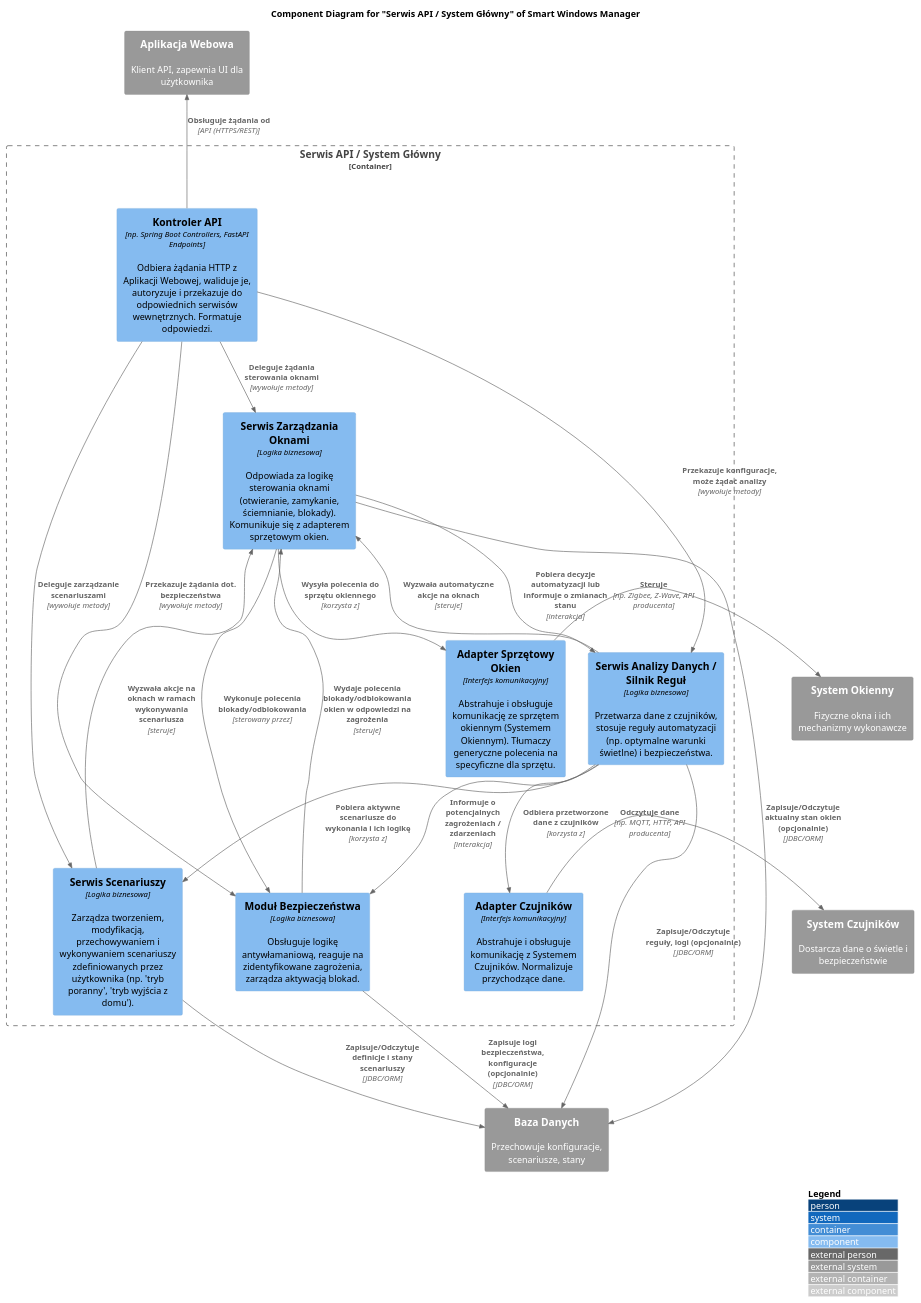
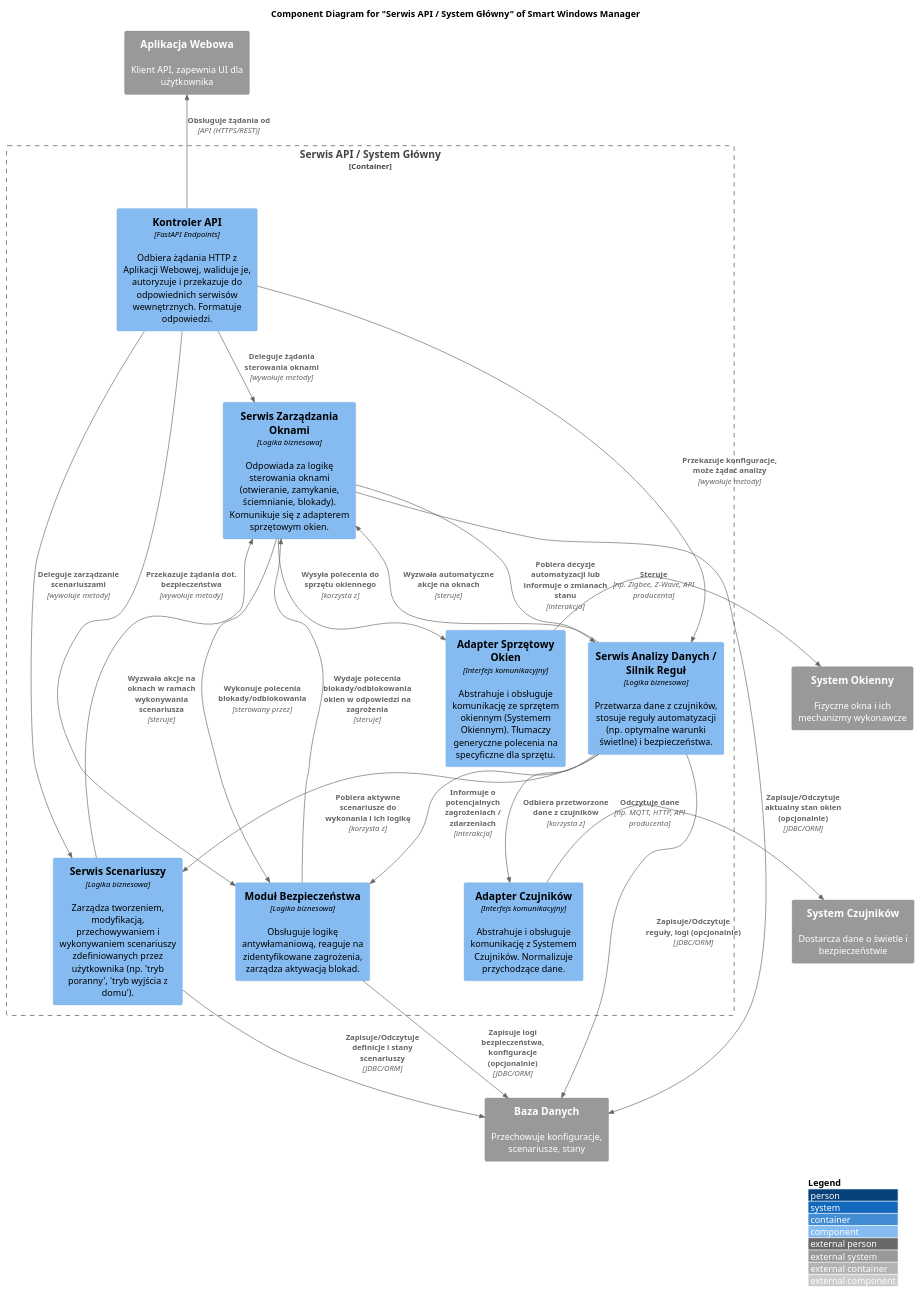
One commit to dolhan12211/Smart_Windows_Manager changed the diagram in Diagram C4/Component Diagram.plantuml. Above: the diagram before and after it, drawn with PlantUML. The commit also changed 1 other file, not shown here.

Commit message:
changes in diagrams

```diff
--- a/Diagram C4/Component Diagram.plantuml
+++ b/Diagram C4/Component Diagram.plantuml
@@ -1,55 +1,55 @@
 @startuml
 !include https://raw.githubusercontent.com/plantuml-stdlib/C4-PlantUML/master/C4_Component.puml
 
 LAYOUT_WITH_LEGEND()
 
 title Component Diagram for "Serwis API / System Główny" of Smart Windows Manager
 
 ' Definiujemy odniesienia do elementów zewnętrznych (innych kontenerów lub systemów) dla kontekstu
 System_Ext(web_app_ref, "Aplikacja Webowa", "Klient API, zapewnia UI dla użytkownika")
 System_Ext(db_ref, "Baza Danych", "Przechowuje konfiguracje, scenariusze, stany")
 System_Ext(physical_windows_ext, "System Okienny", "Fizyczne okna i ich mechanizmy wykonawcze")
 System_Ext(sensor_system_ext, "System Czujników", "Dostarcza dane o świetle i bezpieczeństwie")
 
 
 Container_Boundary(api_c, "Serwis API / System Główny") {
-    Component(api_controller, "Kontroler API", "np. Spring Boot Controllers, FastAPI Endpoints", "Odbiera żądania HTTP z Aplikacji Webowej, waliduje je, autoryzuje i przekazuje do odpowiednich serwisów wewnętrznych. Formatuje odpowiedzi.")
+    Component(api_controller, "Kontroler API", "FastAPI Endpoints", "Odbiera żądania HTTP z Aplikacji Webowej, waliduje je, autoryzuje i przekazuje do odpowiednich serwisów wewnętrznych. Formatuje odpowiedzi.")
     Component(window_service, "Serwis Zarządzania Oknami", "Logika biznesowa", "Odpowiada za logikę sterowania oknami (otwieranie, zamykanie, ściemnianie, blokady). Komunikuje się z adapterem sprzętowym okien.")
     Component(data_analysis_service, "Serwis Analizy Danych / Silnik Reguł", "Logika biznesowa", "Przetwarza dane z czujników, stosuje reguły automatyzacji (np. optymalne warunki świetlne) i bezpieczeństwa.")
     Component(scenario_service, "Serwis Scenariuszy", "Logika biznesowa", "Zarządza tworzeniem, modyfikacją, przechowywaniem i wykonywaniem scenariuszy zdefiniowanych przez użytkownika (np. 'tryb poranny', 'tryb wyjścia z domu').")
     Component(security_module, "Moduł Bezpieczeństwa", "Logika biznesowa", "Obsługuje logikę antywłamaniową, reaguje na zidentyfikowane zagrożenia, zarządza aktywacją blokad.")
 
     Component(window_hw_adapter, "Adapter Sprzętowy Okien", "Interfejs komunikacyjny", "Abstrahuje i obsługuje komunikację ze sprzętem okiennym (Systemem Okiennym). Tłumaczy generyczne polecenia na specyficzne dla sprzętu.")
     Component(sensor_adapter, "Adapter Czujników", "Interfejs komunikacyjny", "Abstrahuje i obsługuje komunikację z Systemem Czujników. Normalizuje przychodzące dane.")
 
     ' Relacje wewnętrzne między komponentami
     Rel(api_controller, window_service, "Deleguje żądania sterowania oknami", "wywołuje metody")
     Rel(api_controller, scenario_service, "Deleguje zarządzanie scenariuszami", "wywołuje metody")
     Rel(api_controller, data_analysis_service, "Przekazuje konfiguracje, może żądać analizy", "wywołuje metody")
     Rel(api_controller, security_module, "Przekazuje żądania dot. bezpieczeństwa", "wywołuje metody")
 
     Rel(window_service, window_hw_adapter, "Wysyła polecenia do sprzętu okiennego", "korzysta z")
     Rel(window_service, data_analysis_service, "Pobiera decyzje automatyzacji lub informuje o zmianach stanu", "interakcja")
     Rel(window_service, security_module, "Wykonuje polecenia blokady/odblokowania", "sterowany przez")
 
     Rel(data_analysis_service, sensor_adapter, "Odbiera przetworzone dane z czujników", "korzysta z")
     Rel(data_analysis_service, window_service, "Wyzwała automatyczne akcje na oknach", "steruje")
     Rel(data_analysis_service, scenario_service, "Pobiera aktywne scenariusze do wykonania i ich logikę", "korzysta z")
     Rel(data_analysis_service, security_module, "Informuje o potencjalnych zagrożeniach / zdarzeniach", "interakcja")
 
     Rel(scenario_service, window_service, "Wyzwała akcje na oknach w ramach wykonywania scenariusza", "steruje")
     Rel(security_module, window_service, "Wydaje polecenia blokady/odblokowania okien w odpowiedzi na zagrożenia", "steruje")
 
     ' Relacje do elementów zewnętrznych (względem tego kontenera)
     Rel_U(api_controller, web_app_ref, "Obsługuje żądania od", "API (HTTPS/REST)")
     Rel_D(scenario_service, db_ref, "Zapisuje/Odczytuje definicje i stany scenariuszy", "JDBC/ORM")
     Rel_D(data_analysis_service, db_ref, "Zapisuje/Odczytuje reguły, logi (opcjonalnie)", "JDBC/ORM")
     Rel_D(security_module, db_ref, "Zapisuje logi bezpieczeństwa, konfiguracje (opcjonalnie)", "JDBC/ORM")
     Rel_D(window_service, db_ref, "Zapisuje/Odczytuje aktualny stan okien (opcjonalnie)", "JDBC/ORM")
 }
 
 ' Relacje do systemów zewnętrznych (sprzęt)
 Rel_R(window_hw_adapter, physical_windows_ext, "Steruje", "np. Zigbee, Z-Wave, API producenta")
 Rel_R(sensor_adapter, sensor_system_ext, "Odczytuje dane", "np. MQTT, HTTP, API producenta")
 
 @enduml
```
